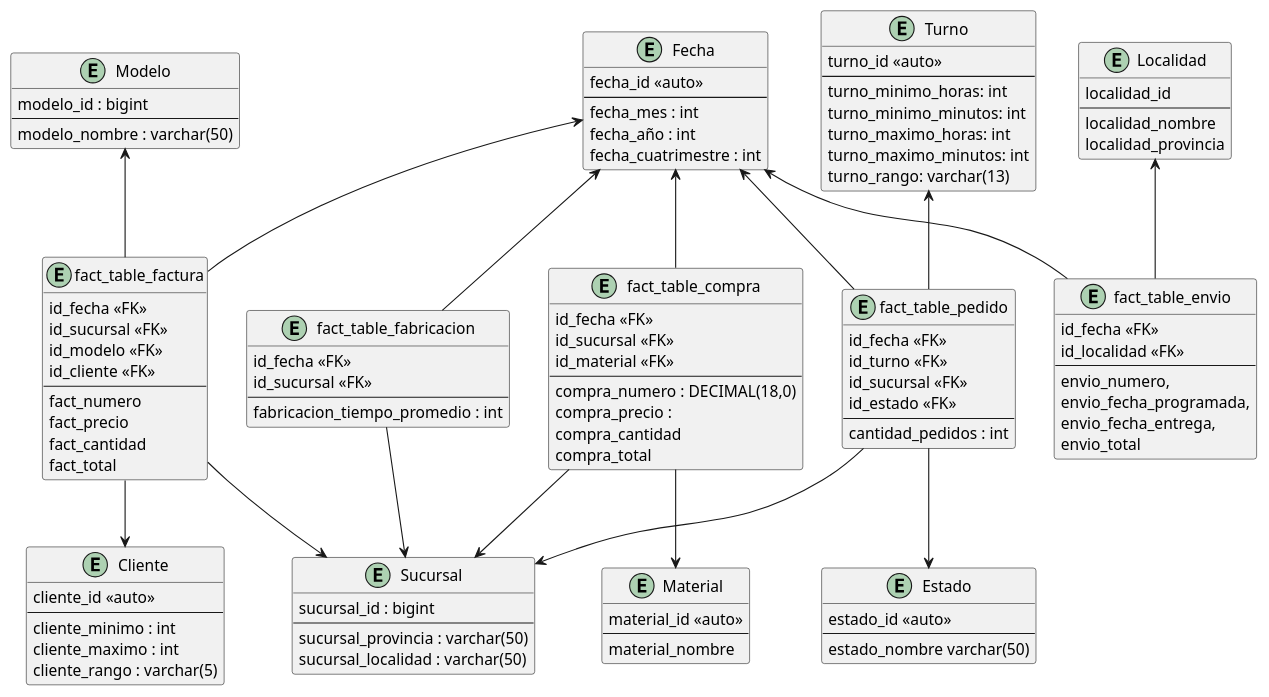
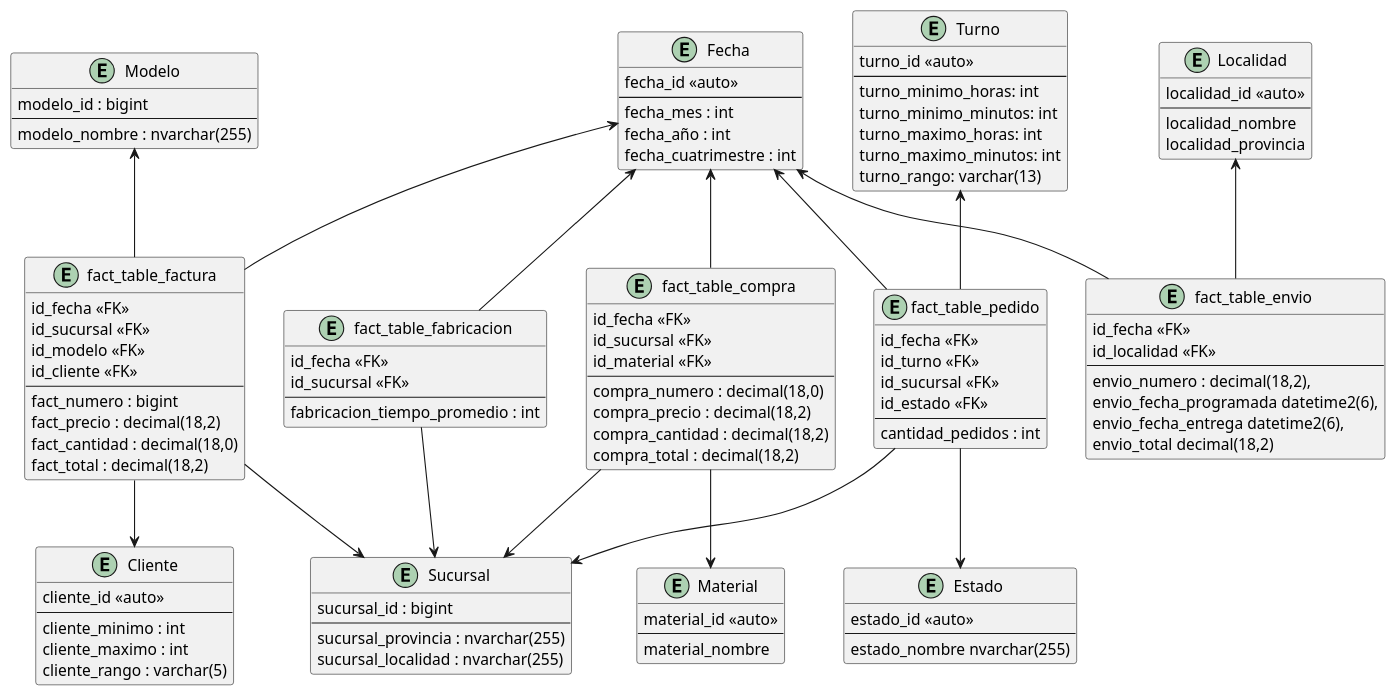
The diagram in BI.puml (JuanManuelRama/BasesDeDatos), drawn with PlantUML before and after one commit.

Commit message:
Añado tipos de dato

```diff
--- a/BI.puml
+++ b/BI.puml
@@ -1,136 +1,132 @@
 @startuml BI
 hide methods
 
 entity Sucursal {
     sucursal_id : bigint
     --
-    sucursal_provincia : varchar(50)
-    sucursal_localidad : varchar(50)
+    sucursal_provincia : nvarchar(255)
+    sucursal_localidad : nvarchar(255)
 }
 
 entity Cliente {
     cliente_id <<auto>>
     --
     cliente_minimo : int
     cliente_maximo : int
     cliente_rango : varchar(5)
 }
 
 entity Modelo {
     modelo_id : bigint
     --
-    modelo_nombre : varchar(50)
+    modelo_nombre : nvarchar(255)
 }
 
 entity Fecha {
     fecha_id <<auto>>
     --
     fecha_mes : int
     fecha_año : int
     fecha_cuatrimestre : int
 }
 
 entity Material {
     material_id <<auto>>
     --
     material_nombre
 }
 
 entity Turno {
     turno_id <<auto>>
     --
     turno_minimo_horas: int
     turno_minimo_minutos: int
     turno_maximo_horas: int
     turno_maximo_minutos: int
     turno_rango: varchar(13)
 }
 
 entity Localidad {
-    localidad_id 
+    localidad_id <<auto>>
     --
     localidad_nombre
     localidad_provincia
 }
 
 entity Estado {
     estado_id <<auto>>
     --
-    estado_nombre varchar(50)
+    estado_nombre nvarchar(255)
 }
 
 entity fact_table_factura {
     id_fecha <<FK>>
     id_sucursal <<FK>>
     id_modelo <<FK>>
     id_cliente <<FK>>
     --
-    fact_numero
-    fact_precio
-    fact_cantidad
-    fact_total
+    fact_numero : bigint
+    fact_precio : decimal(18,2)
+    fact_cantidad : decimal(18,0)
+    fact_total : decimal(18,2)
 }
 
 entity fact_table_compra {
     id_fecha <<FK>>
     id_sucursal <<FK>>
     id_material <<FK>>
     --
-    compra_numero : DECIMAL(18,0)
-    compra_precio :
-    compra_cantidad
-    compra_total
+    compra_numero : decimal(18,0)
+    compra_precio : decimal(18,2)
+    compra_cantidad : decimal(18,2)
+    compra_total : decimal(18,2)
 }
 
 entity fact_table_pedido {
     id_fecha <<FK>>
     id_turno <<FK>>
     id_sucursal <<FK>>
     id_estado <<FK>>
     --
     cantidad_pedidos : int
 }
 
 entity fact_table_envio {
     id_fecha <<FK>>
     id_localidad <<FK>>
     --
-	envio_numero,
-	envio_fecha_programada,
-	envio_fecha_entrega,
-	envio_total 
+	envio_numero : decimal(18,2),
+	envio_fecha_programada datetime2(6),
+	envio_fecha_entrega datetime2(6),
+	envio_total decimal(18,2)
 }
 
 entity fact_table_fabricacion {
     id_fecha <<FK>>
     id_sucursal <<FK>>
     --
     fabricacion_tiempo_promedio : int
 }
 
 
 fact_table_factura --> Cliente
 fact_table_factura --> Sucursal
 Fecha <-- fact_table_factura
 Modelo <-- fact_table_factura
 
 Fecha <-- fact_table_compra
 fact_table_compra --> Sucursal
 fact_table_compra --> Material
 
 fact_table_pedido --> Sucursal
 fact_table_pedido --> Estado
 Fecha <-- fact_table_pedido
 Turno <-- fact_table_pedido
 
 Fecha <-- fact_table_fabricacion
 fact_table_fabricacion --> Sucursal
 
-
-
-
-
 Fecha <-- fact_table_envio
 Localidad <-- fact_table_envio
 
 @enduml
```
